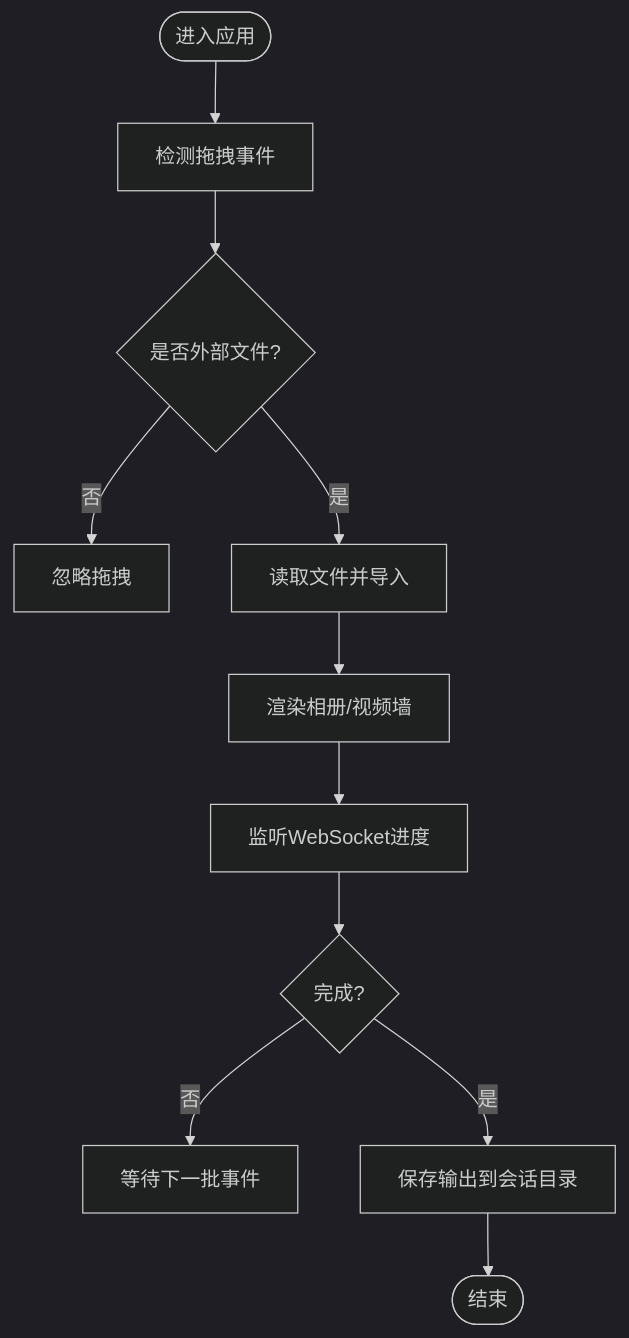
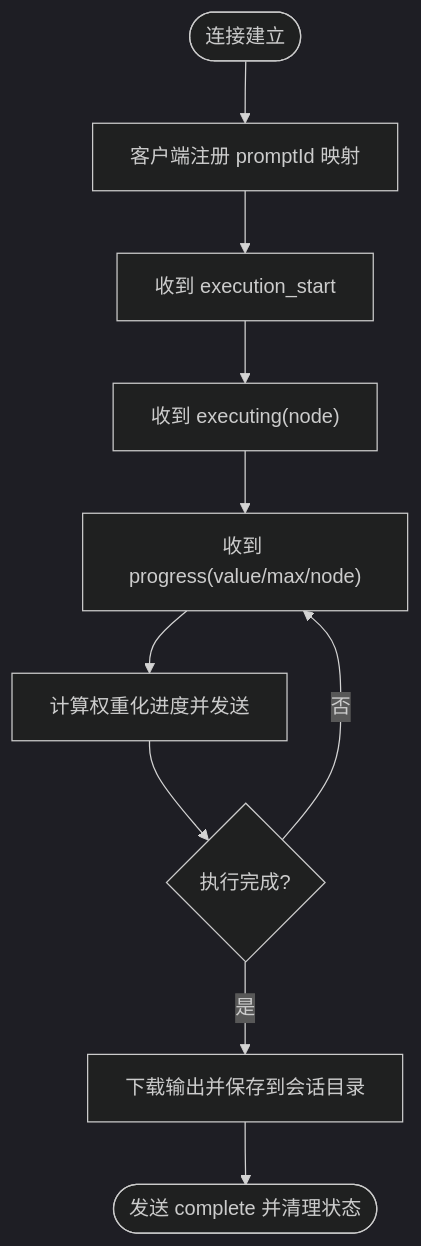
The fourth of 7 diagrams in .qoder/repowiki/zh/content/项目概述/项目介绍.md (billye220670/CorineKit_Pix2Real), drawn with Mermaid (dark theme) before and after one commit. The commit also changed other lines of this file and 315 other files, not shown here.

````diff
--- a/.qoder/repowiki/zh/content/项目概述/项目介绍.md
+++ b/.qoder/repowiki/zh/content/项目概述/项目介绍.md
@@ -151,13 +182,12 @@
 ```mermaid
 flowchart TD
-Start(["进入应用"]) --> Drag["检测拖拽事件"]
-Drag --> IsExternal{"是否外部文件?"}
-IsExternal --> |否| Ignore["忽略拖拽"]
-IsExternal --> |是| Import["读取文件并导入"]
-Import --> Render["渲染相册/视频墙"]
-Render --> Progress["监听WebSocket进度"]
-Progress --> Complete{"完成?"}
-Complete --> |否| Wait["等待下一批事件"]
-Complete --> |是| Save["保存输出到会话目录"]
-Save --> End(["结束"])
+Start(["连接建立"]) --> Reg["客户端注册 promptId 映射"]
+Reg --> ExecStart["收到 execution_start"]
+ExecStart --> ExecNode["收到 executing(node)"]
+ExecNode --> Progress["收到 progress(value/max/node)"]
+Progress --> Emit["计算权重化进度并发送"]
+Emit --> Complete{"执行完成?"}
+Complete --> |否| Progress
+Complete --> |是| Download["下载输出并保存到会话目录"]
+Download --> Done(["发送 complete 并清理状态"])
 ```
````
